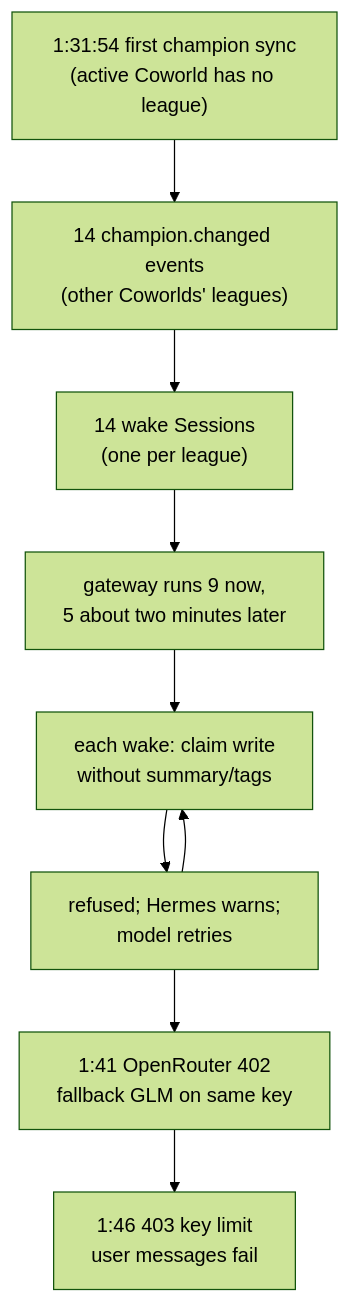
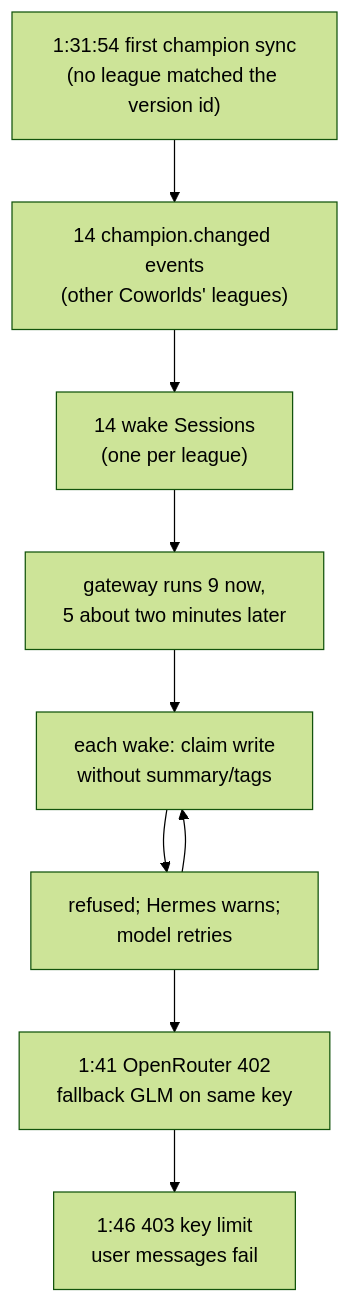
The first of 2 diagrams in docs/reports/runaway-spend-triage-2026-11-02.md (Metta-AI/ide-distributions), drawn with Mermaid (forest theme) before and after one commit. The commit also changed other lines of this file and 1 other file, not shown here.

First line of the commit message:
Correct the triage report: no league matched the version id; Generals has leagues

````diff
--- a/docs/reports/runaway-spend-triage-2026-11-02.md
+++ b/docs/reports/runaway-spend-triage-2026-11-02.md
@@ -46,11 +46,11 @@
 ```mermaid
 flowchart TD
-  A["1:31:54 first champion sync<br/>(active Coworld has no league)"] --> B["14 champion.changed events<br/>(other Coworlds' leagues)"]
+  A["1:31:54 first champion sync<br/>(no league matched the version id)"] --> B["14 champion.changed events<br/>(other Coworlds' leagues)"]
   B --> C["14 wake Sessions<br/>(one per league)"]
   C --> D["gateway runs 9 now,<br/>5 about two minutes later"]
   D --> E["each wake: claim write<br/>without summary/tags"]
   E --> F["refused; Hermes warns;<br/>model retries"]
   F --> E
   F --> G["1:41 OpenRouter 402<br/>fallback GLM on same key"]
   G --> H["1:46 403 key limit<br/>user messages fail"]
 ```
````
